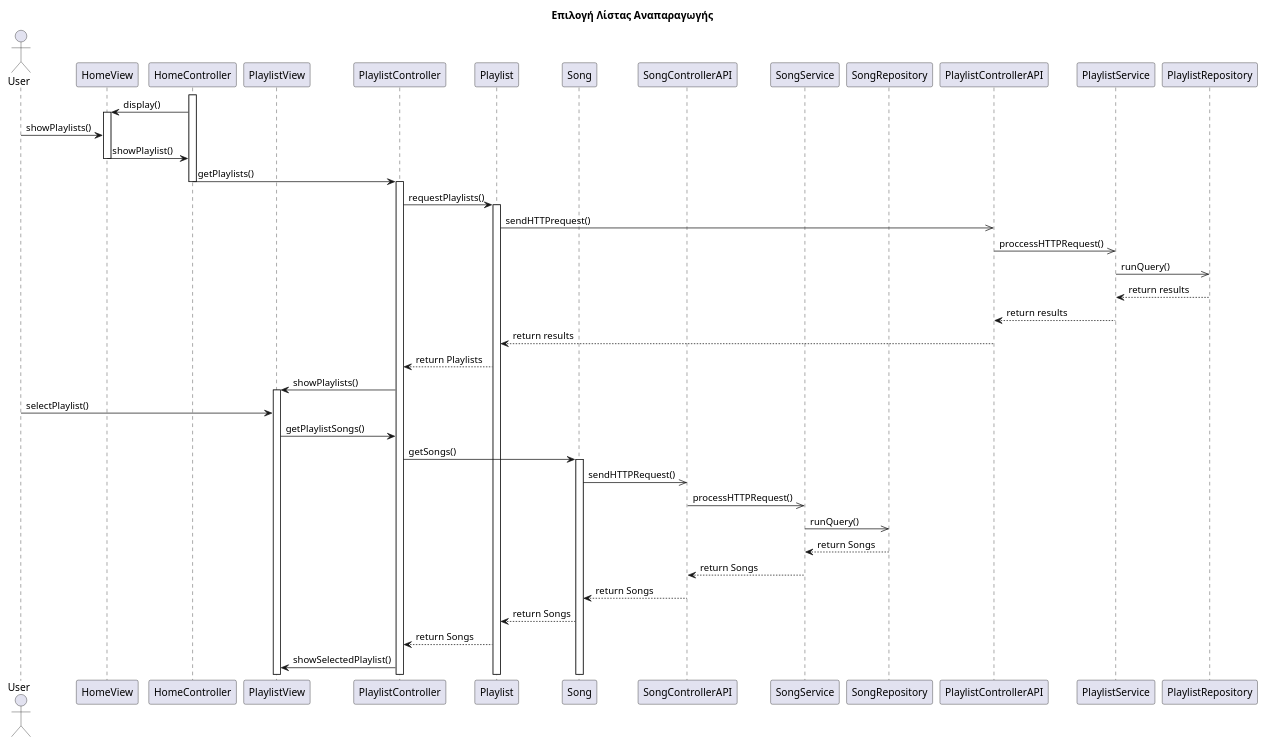
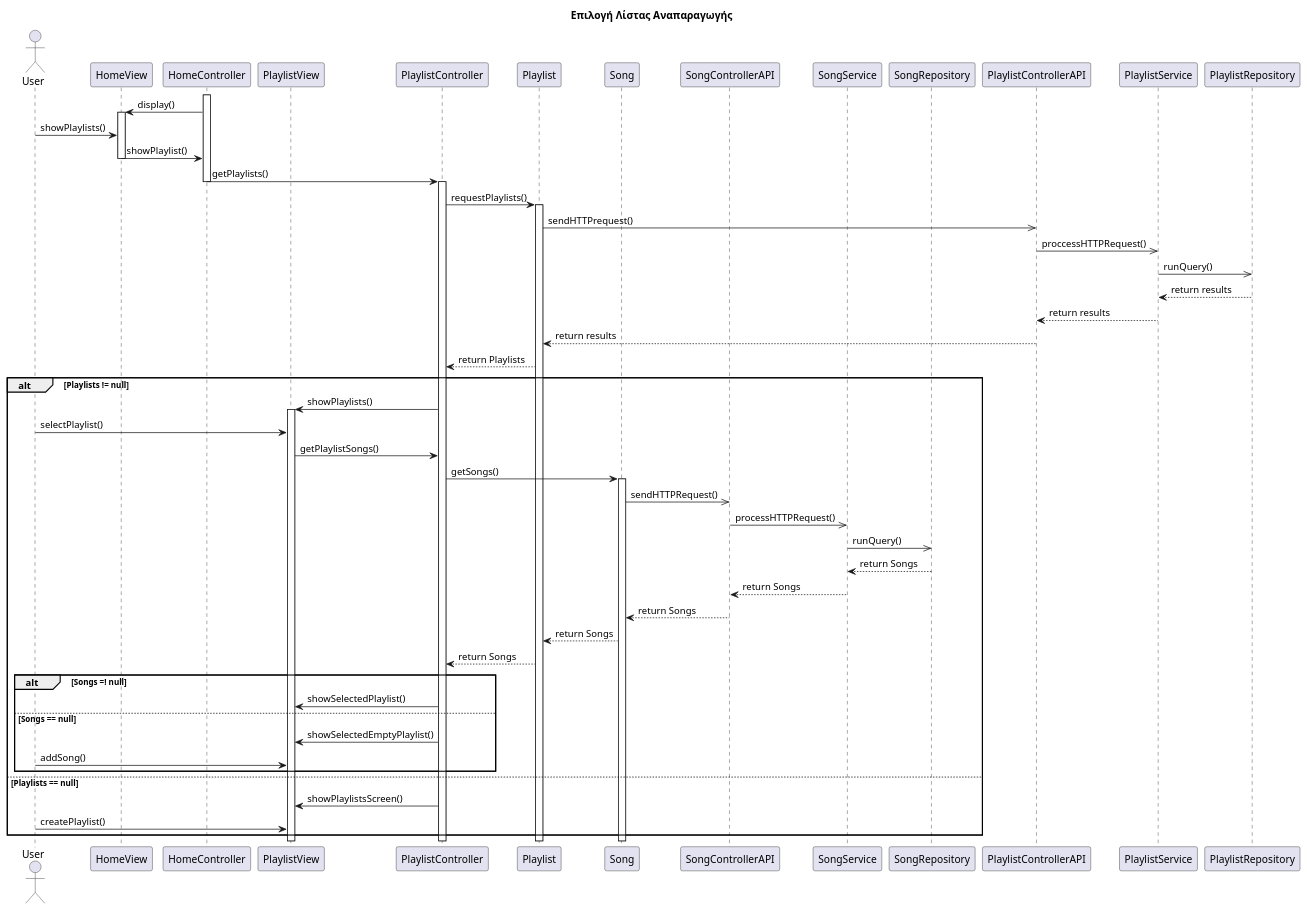
Before and after one commit to RubenKingCP/Tunix: the diagram in Paradoteo_2/SequenceDiagram1.puml, drawn with PlantUML.

Commit message:
Finished Sequence Diagram Επιλογή Λίστας Αναπαραγωγής (potetial changes pending)

```diff
--- a/Paradoteo_2/SequenceDiagram1.puml
+++ b/Paradoteo_2/SequenceDiagram1.puml
@@ -1,54 +1,63 @@
 @startuml name
 
 title  Επιλογή Λίστας Αναπαραγωγής
 
 actor User
 participant HomeView
 participant HomeController
 participant PlaylistView
 participant PlaylistController
 participant Playlist
 participant Song
 participant SongControllerAPI
 participant SongService
 participant SongRepository
 participant PlaylistControllerAPI
 participant PlaylistService
 participant PlaylistRepository
 activate HomeController
 HomeController -> HomeView : display()
 activate HomeView
 User -> HomeView : showPlaylists()
 HomeView -> HomeController : showPlaylist()
 deactivate HomeView
 HomeController -> PlaylistController : getPlaylists()
 deactivate HomeController
 activate PlaylistController
 
 PlaylistController -> Playlist : requestPlaylists()
 activate Playlist
 'async Διότι μπορεί να παίζει ήδη κάποιο playlist και να μην χρειάζεται να αναβληθεί η αναπαραγωγή των τραγουδιών για να κάνει fetch τα άλλα playlists
 Playlist ->> PlaylistControllerAPI : sendHTTPrequest()
 PlaylistControllerAPI ->> PlaylistService : proccessHTTPRequest()
 PlaylistService ->> PlaylistRepository : runQuery()
 PlaylistRepository --> PlaylistService : return results
 PlaylistService --> PlaylistControllerAPI : return results
 PlaylistControllerAPI --> Playlist : return results
 Playlist --> PlaylistController : return Playlists
-PlaylistController -> PlaylistView : showPlaylists()
-activate PlaylistView
-User -> PlaylistView : selectPlaylist()
-PlaylistView -> PlaylistController : getPlaylistSongs()
-PlaylistController -> Song : getSongs()
-activate Song
-Song ->> SongControllerAPI : sendHTTPRequest()
-SongControllerAPI ->> SongService : processHTTPRequest()
-SongService ->> SongRepository : runQuery()
-SongRepository --> SongService : return Songs
-SongService --> SongControllerAPI : return Songs
-SongControllerAPI --> Song : return Songs
-Song --> Playlist : return Songs
-Playlist --> PlaylistController : return Songs
-PlaylistController -> PlaylistView : showSelectedPlaylist()
-
+alt Playlists != null
+    PlaylistController -> PlaylistView : showPlaylists()
+    activate PlaylistView
+    User -> PlaylistView : selectPlaylist()
+    PlaylistView -> PlaylistController : getPlaylistSongs()
+    PlaylistController -> Song : getSongs()
+    activate Song
+    Song ->> SongControllerAPI : sendHTTPRequest()
+    SongControllerAPI ->> SongService : processHTTPRequest()
+    SongService ->> SongRepository : runQuery()
+    SongRepository --> SongService : return Songs
+    SongService --> SongControllerAPI : return Songs
+    SongControllerAPI --> Song : return Songs
+    Song --> Playlist : return Songs
+    Playlist --> PlaylistController : return Songs
+    alt Songs =! null
+        PlaylistController -> PlaylistView : showSelectedPlaylist()
+    else Songs == null
+        PlaylistController -> PlaylistView : showSelectedEmptyPlaylist()
+        User -> PlaylistView : addSong()
+    end
+else Playlists == null
+    PlaylistController -> PlaylistView : showPlaylistsScreen()
+    User -> PlaylistView : createPlaylist()
+end
 @enduml
```
